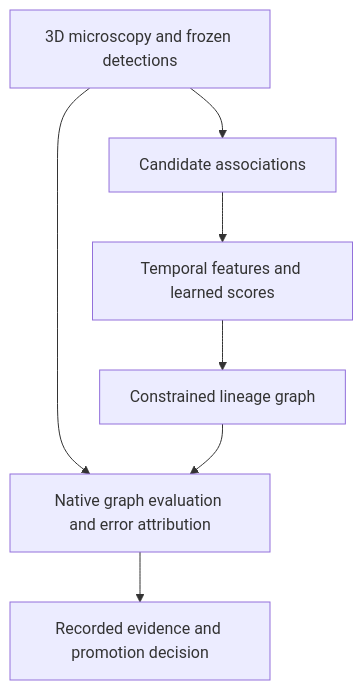
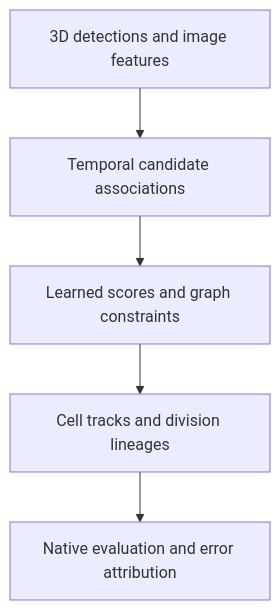
The diagram in README.md (alvaromendizabal/biohub-cell-tracking-during-development), drawn with Mermaid before and after one commit. The commit also changed other lines of this file and 68 other files, not shown here.

First line of the commit message:
Publish interactive cell lineage explorer (#14)

````diff
--- a/README.md
+++ b/README.md
@@ -30,9 +42,7 @@
 ```mermaid
 flowchart TD
-    A["3D microscopy and frozen detections"] --> B["Candidate associations"]
-    B --> C["Temporal features and learned scores"]
-    C --> D["Constrained lineage graph"]
-    A --> E["Native graph evaluation and error attribution"]
-    D --> E
-    E --> F["Recorded evidence and promotion decision"]
+    A["3D detections and image features"] --> B["Temporal candidate associations"]
+    B --> C["Learned scores and graph constraints"]
+    C --> D["Cell tracks and division lineages"]
+    D --> E["Native evaluation and error attribution"]
 ```
````
